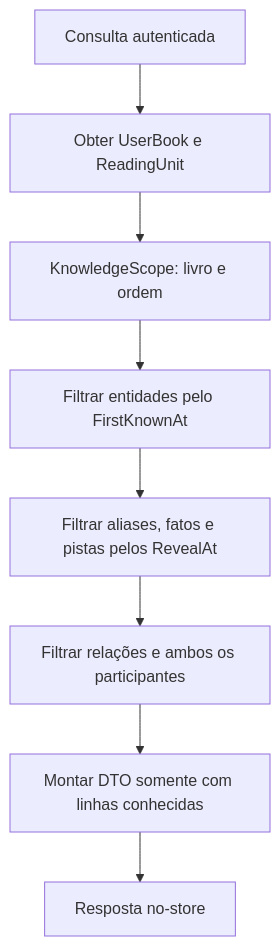
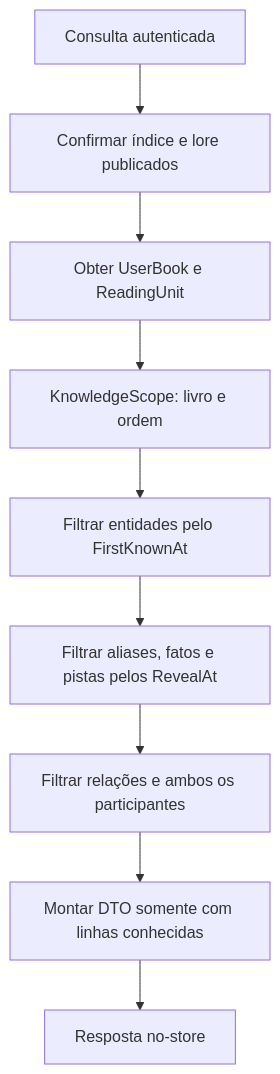
Before and after one commit to DiogoJP202/Mnemora: the diagram in docs/spoiler-system.md, drawn with Mermaid. The commit also changed other lines of this file and 52 other files, not shown here.

````diff
--- a/docs/spoiler-system.md
+++ b/docs/spoiler-system.md
@@ -5,10 +5,11 @@
 ```mermaid
 flowchart TD
-  Request[Consulta autenticada] --> Progress[Obter UserBook e ReadingUnit]
+  Request[Consulta autenticada] --> Published[Confirmar índice e lore publicados]
+  Published --> Progress[Obter UserBook e ReadingUnit]
   Progress --> Scope[KnowledgeScope: livro e ordem]
   Scope --> Entities[Filtrar entidades pelo FirstKnownAt]
   Entities --> Fields[Filtrar aliases, fatos e pistas pelos RevealAt]
   Fields --> Relations[Filtrar relações e ambos os participantes]
   Relations --> DTO[Montar DTO somente com linhas conhecidas]
   DTO --> Response[Resposta no-store]
 ```
````
